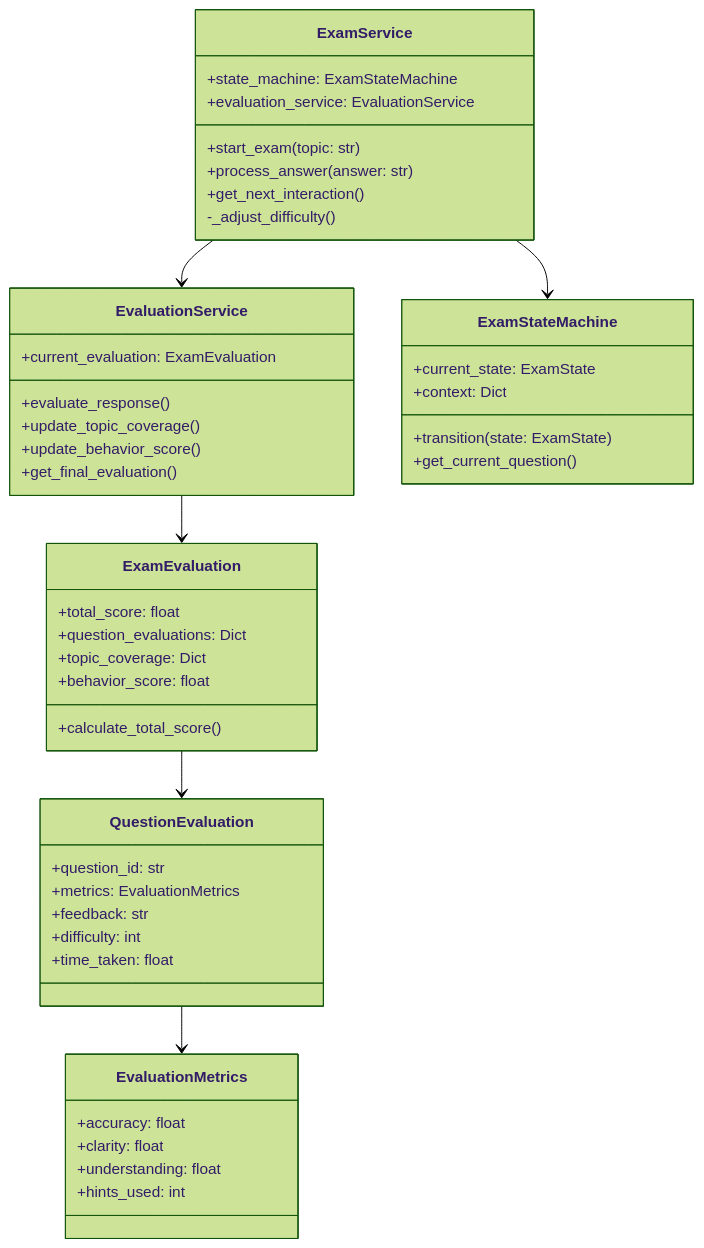
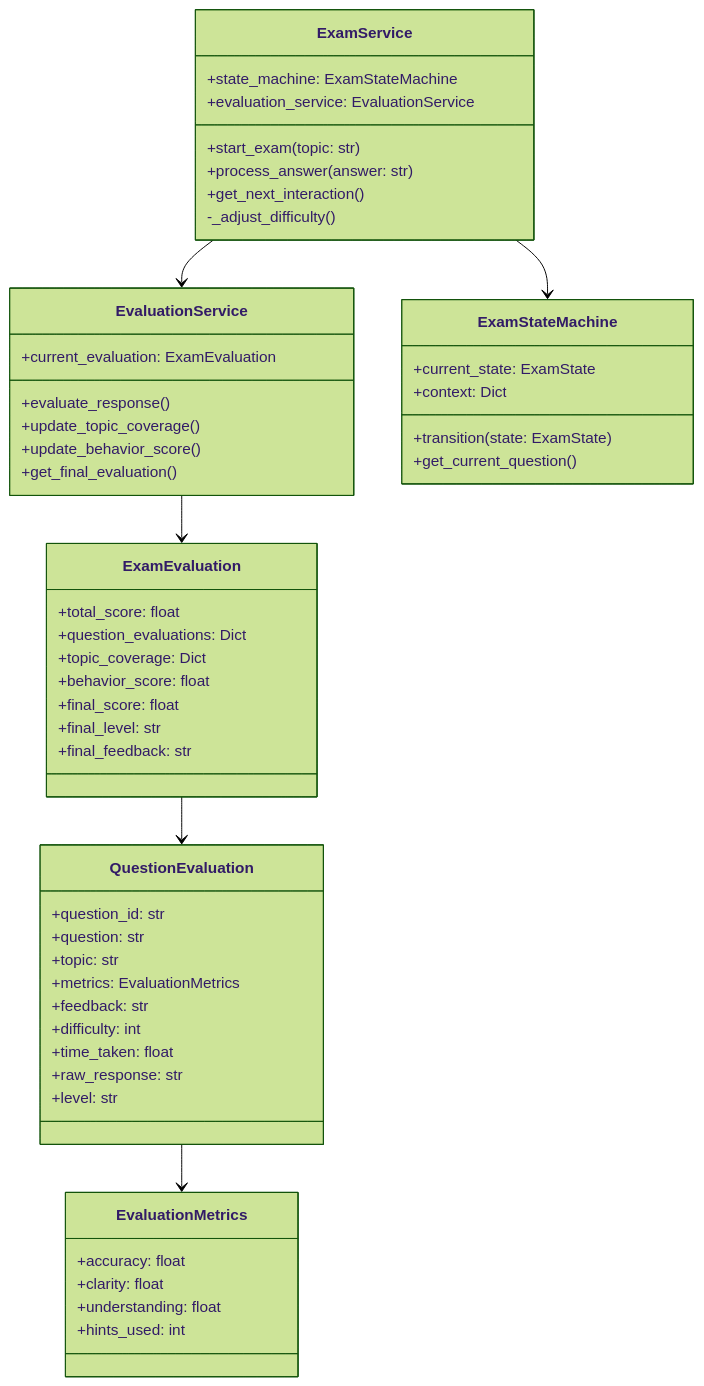
The first of 3 diagrams in docs/Evaluation.md (CHANHaochengZhang/chatexaminer), drawn with Mermaid (forest theme) before and after one commit. The commit also changed other lines of this file and 622 other files, not shown here.

````diff
--- a/docs/Evaluation.md
+++ b/docs/Evaluation.md
@@ -230,55 +230,61 @@
 ```mermaid
 classDiagram
     class ExamService {
         +state_machine: ExamStateMachine
         +evaluation_service: EvaluationService
         +start_exam(topic: str)
         +process_answer(answer: str)
         +get_next_interaction()
         -_adjust_difficulty()
     }
 
     class EvaluationService {
         +current_evaluation: ExamEvaluation
         +evaluate_response()
         +update_topic_coverage()
         +update_behavior_score()
         +get_final_evaluation()
     }
 
     class ExamStateMachine {
         +current_state: ExamState
         +context: Dict
         +transition(state: ExamState)
         +get_current_question()
     }
 
     class EvaluationMetrics {
         +accuracy: float
         +clarity: float
         +understanding: float
         +hints_used: int
     }
 
     class QuestionEvaluation {
         +question_id: str
+        +question: str
+        +topic: str
         +metrics: EvaluationMetrics
         +feedback: str
         +difficulty: int
         +time_taken: float
+        +raw_response: str
+        +level: str
     }
 
     class ExamEvaluation {
         +total_score: float
         +question_evaluations: Dict
         +topic_coverage: Dict
         +behavior_score: float
-        +calculate_total_score()
+        +final_score: float
+        +final_level: str
+        +final_feedback: str
     }
 
     ExamService --> ExamStateMachine
     ExamService --> EvaluationService
     EvaluationService --> ExamEvaluation
     ExamEvaluation --> QuestionEvaluation
     QuestionEvaluation --> EvaluationMetrics
 ```
````
